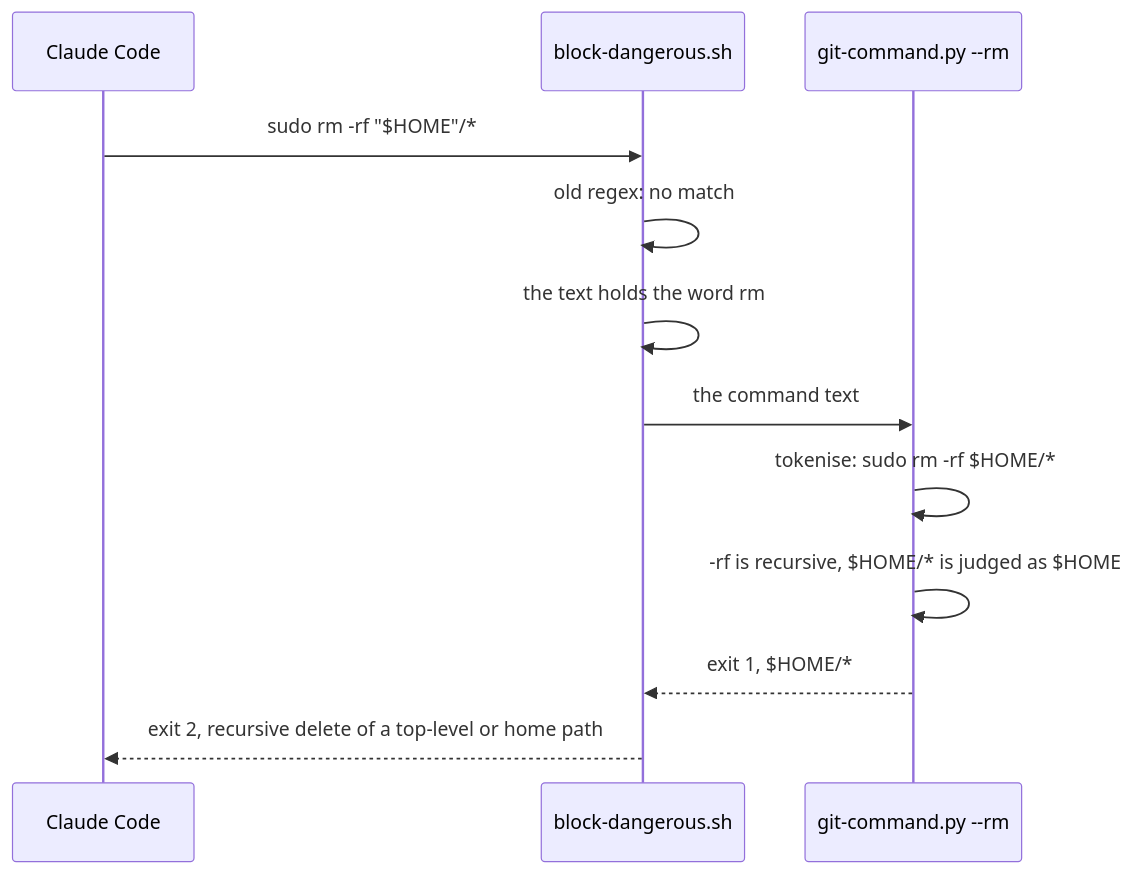
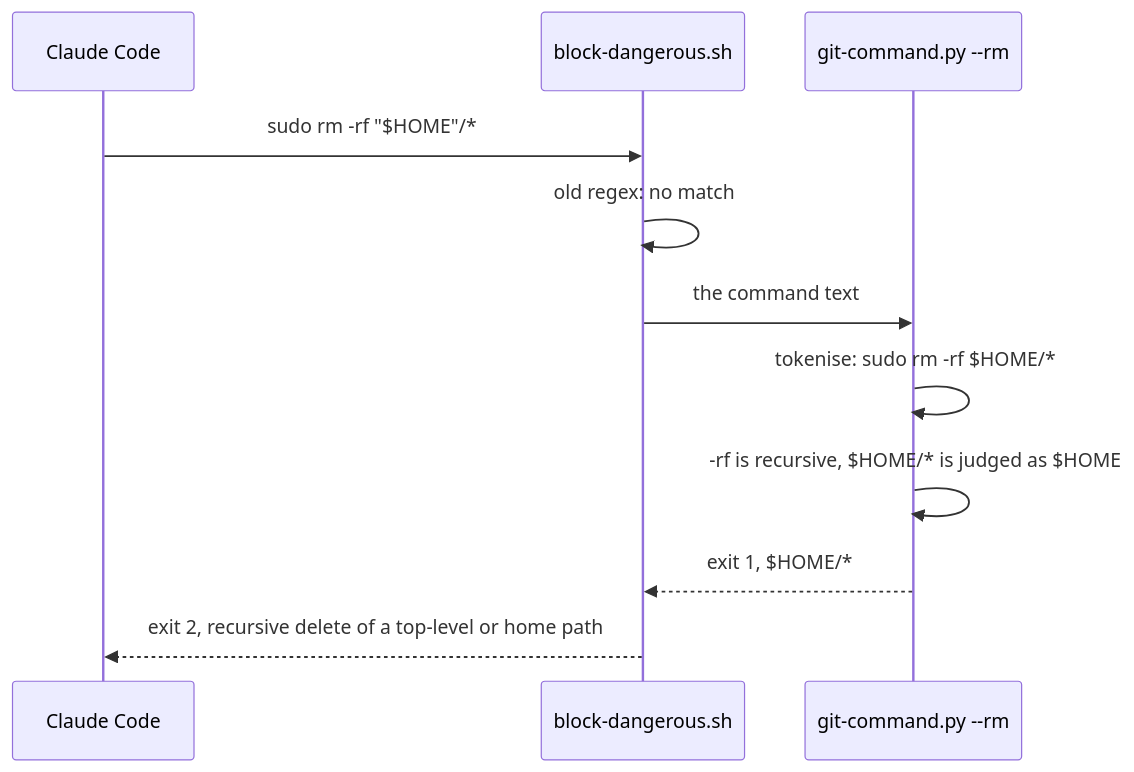
One commit to dzaffren/claude-plugin changed the third of 3 diagrams in docs/specs/rm-forms.md. Above: the diagram before and after it, drawn with Mermaid. The commit also changed other lines of this file and 2 other files, not shown here.

````diff
--- a/docs/specs/rm-forms.md
+++ b/docs/specs/rm-forms.md
@@ -158,14 +157,13 @@
 ```mermaid
 sequenceDiagram
     participant C as Claude Code
     participant B as block-dangerous.sh
     participant P as git-command.py --rm
     C->>B: sudo rm -rf "$HOME"/*
     B->>B: old regex: no match
-    B->>B: the text holds the word rm
     B->>P: the command text
     P->>P: tokenise: sudo rm -rf $HOME/*
     P->>P: -rf is recursive, $HOME/* is judged as $HOME
     P-->>B: exit 1, $HOME/*
     B-->>C: exit 2, recursive delete of a top-level or home path
 ```
````
